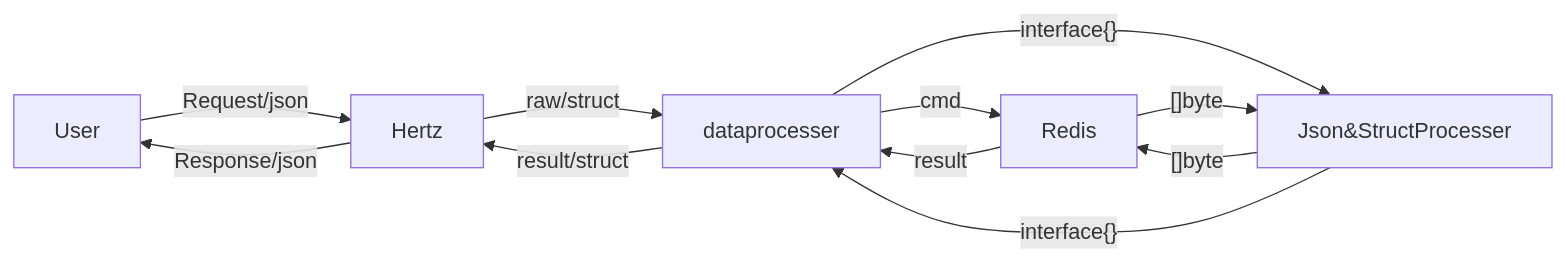
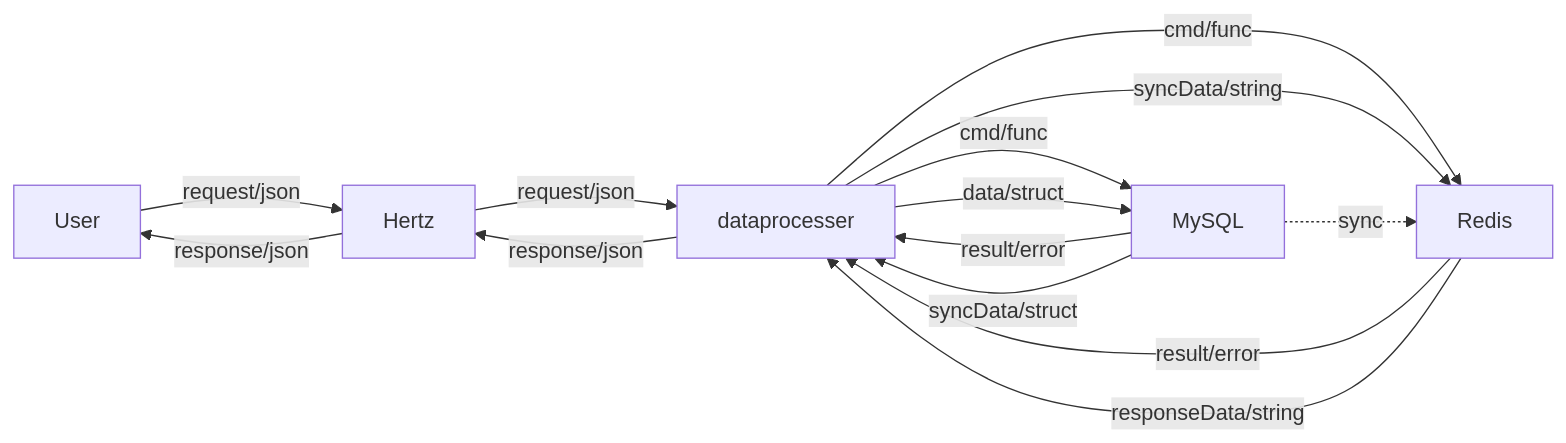
One commit to west2-online-reserve/collection-golang changed the second of 2 diagrams in work3/jsbjkskbs/README.md. Above: the diagram before and after it, drawn with Mermaid. The commit also changed other lines of this file and 27 other files, not shown here.

````diff
--- a/work3/jsbjkskbs/README.md
+++ b/work3/jsbjkskbs/README.md
@@ -28,12 +37,21 @@
 ```mermaid
 flowchart LR;
 
-User--Request/json-->Hertz--Response/json-->User
-Hertz--raw/struct-->dataprocesser--result/struct-->Hertz
-dataprocesser--cmd-->Redis
-Redis--result-->dataprocesser
-dataprocesser--interface{}-->Json&StructProcesser--[]byte-->Redis
-Json&StructProcesser--interface{}-->dataprocesser
-Redis--[]byte-->Json&StructProcesser
+User--request/json-->Hertz--response/json-->User
+
+Hertz--request/json-->dataprocesser--response/json-->Hertz
+
+dataprocesser--cmd/func-->MySQL
+dataprocesser--cmd/func-->Redis
+dataprocesser--data/struct-->MySQL
+dataprocesser--syncData/string-->Redis
+
+MySQL--result/error-->dataprocesser
+MySQL--syncData/struct-->dataprocesser
+
+Redis--result/error-->dataprocesser
+Redis--responseData/string-->dataprocesser
+
+MySQL-.sync.->Redis
 
 ```
````
